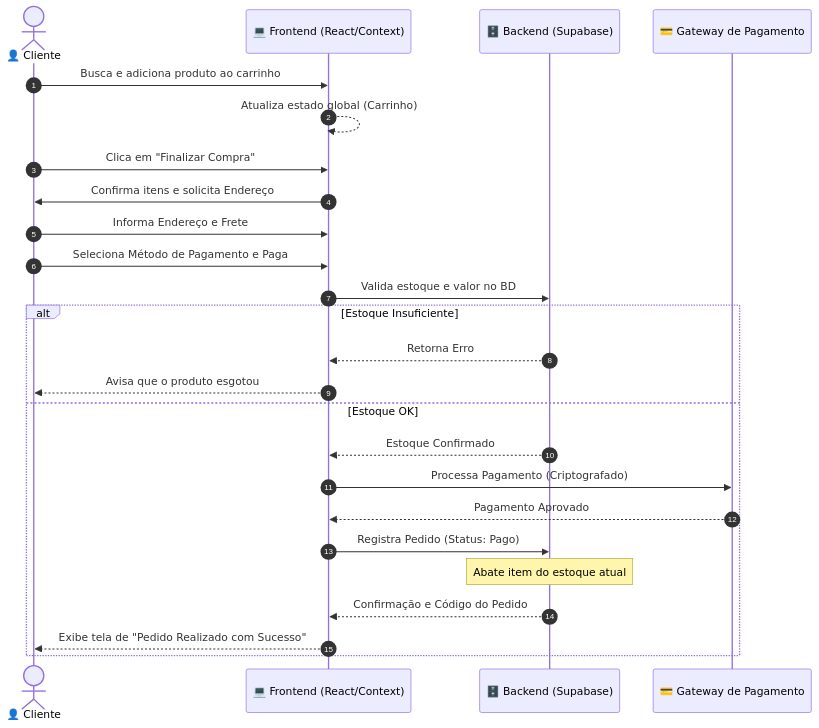
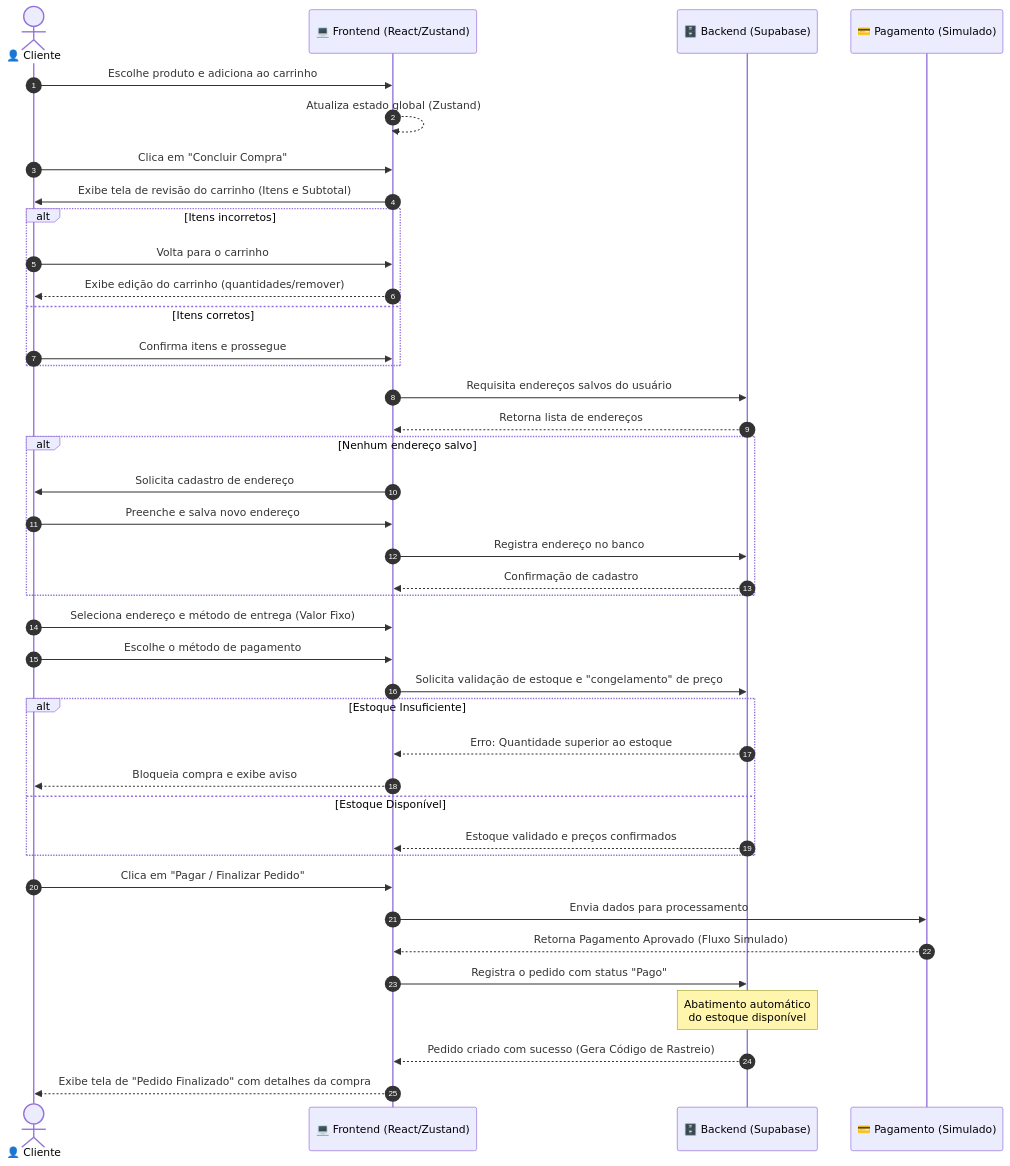
The third of 3 diagrams in README.md (Beto-Ribeiro/AutoPro), drawn with Mermaid before and after one commit. The commit also changed other lines of this file, not shown here.

````diff
--- a/README.md
+++ b/README.md
@@ -157,33 +261,58 @@
 ```mermaid
 sequenceDiagram
     autonumber
+    
     actor C as 👤 Cliente
-    participant F as 💻 Frontend (React/Context)
+    participant F as 💻 Frontend (React/Zustand)
     participant B as 🗄️ Backend (Supabase)
-    participant P as 💳 Gateway de Pagamento
+    participant P as 💳 Pagamento (Simulado)
 
-    C->>F: Busca e adiciona produto ao carrinho
-    F-->>F: Atualiza estado global (Carrinho)
-    C->>F: Clica em "Finalizar Compra"
+    %% Seleção e Carrinho
+    C->>F: Escolhe produto e adiciona ao carrinho
+    F-->>F: Atualiza estado global (Zustand)
+    C->>F: Clica em "Concluir Compra"
     
-    F->>C: Confirma itens e solicita Endereço
-    C->>F: Informa Endereço e Frete
+    %% Revisão dos Itens
+    F->>C: Exibe tela de revisão do carrinho (Itens e Subtotal)
     
-    C->>F: Seleciona Método de Pagamento e Paga
-    F->>B: Valida estoque e valor no BD
-    
-    alt Estoque Insuficiente
-        B-->>F: Retorna Erro
-        F-->>C: Avisa que o produto esgotou
-    else Estoque OK
-        B-->>F: Estoque Confirmado
-        F->>P: Processa Pagamento (Criptografado)
-        P-->>F: Pagamento Aprovado
-        
-        F->>B: Registra Pedido (Status: Pago)
-        Note over B: Abate item do estoque atual
-        B-->>F: Confirmação e Código do Pedido
-        F-->>C: Exibe tela de "Pedido Realizado com Sucesso"
+    alt Itens incorretos
+        C->>F: Volta para o carrinho
+        F-->>C: Exibe edição do carrinho (quantidades/remover)
+    else Itens corretos
+        C->>F: Confirma itens e prossegue
     end
 
+    %% Etapa de Endereço
+    F->>B: Requisita endereços salvos do usuário
+    B-->>F: Retorna lista de endereços
+    
+    alt Nenhum endereço salvo
+        F->>C: Solicita cadastro de endereço
+        C->>F: Preenche e salva novo endereço
+        F->>B: Registra endereço no banco
+        B-->>F: Confirmação de cadastro
+    end
+    
+    C->>F: Seleciona endereço e método de entrega (Valor Fixo)
+
+    %% Etapa de Pagamento e Validação
+    C->>F: Escolhe o método de pagamento
+    
+    F->>B: Solicita validação de estoque e "congelamento" de preço
+    alt Estoque Insuficiente
+        B-->>F: Erro: Quantidade superior ao estoque
+        F-->>C: Bloqueia compra e exibe aviso
+    else Estoque Disponível
+        B-->>F: Estoque validado e preços confirmados
+    end
+
+    %% Processamento e Finalização
+    C->>F: Clica em "Pagar / Finalizar Pedido"
+    F->>P: Envia dados para processamento
+    P-->>F: Retorna Pagamento Aprovado (Fluxo Simulado)
+    
+    F->>B: Registra o pedido com status "Pago"
+    Note over B: Abatimento automático<br/>do estoque disponível
+    B-->>F: Pedido criado com sucesso (Gera Código de Rastreio)
+    F-->>C: Exibe tela de "Pedido Finalizado" com detalhes da compra
 ```
````
